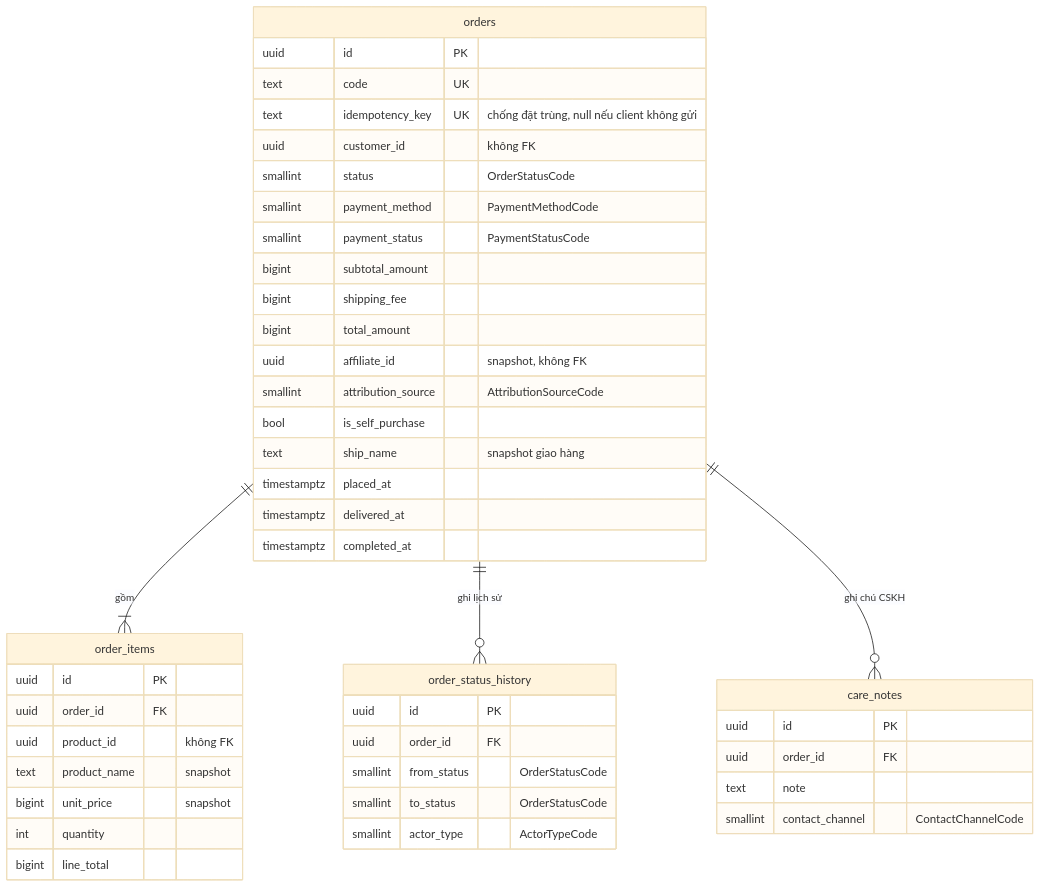
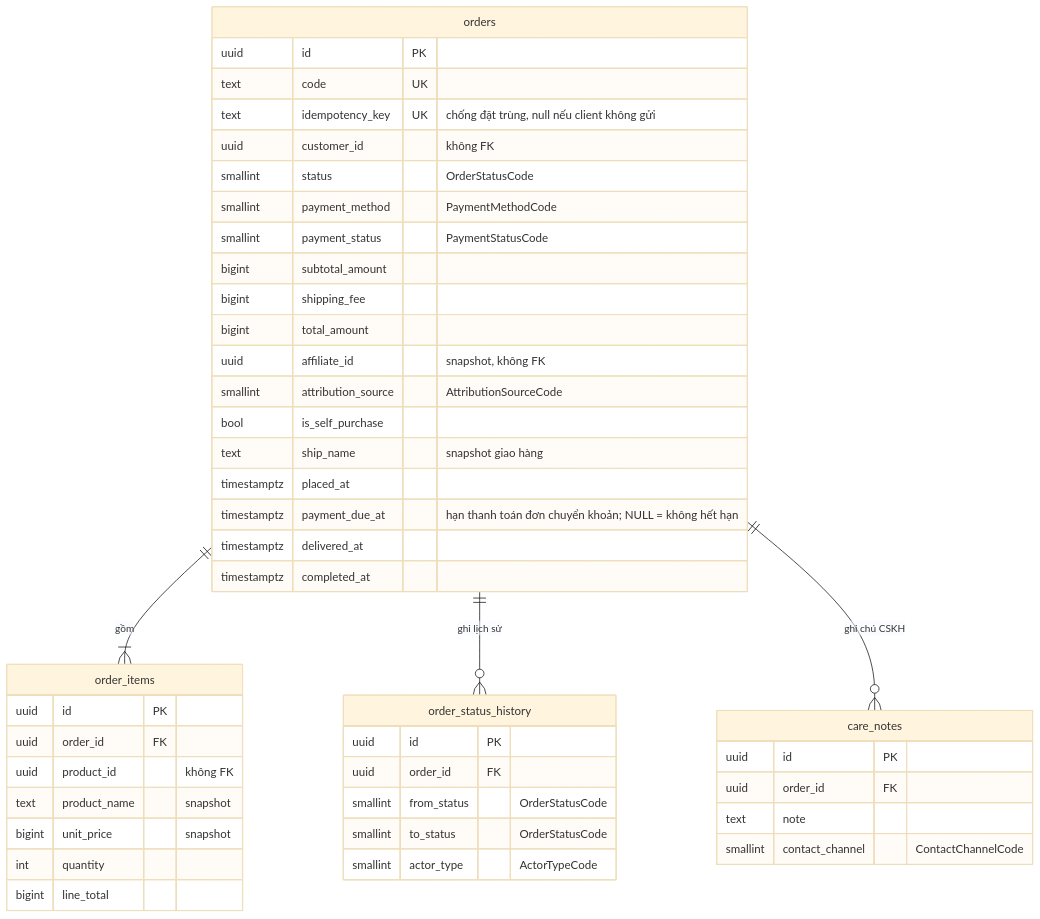
One commit to Vietnguyen203/PhucViFood changed the fifth of 6 diagrams in BE/docs/database.md. Above: the diagram before and after it, drawn with Mermaid (base theme). The commit also changed 23 other files, not shown here.

First line of the commit message:
Giữ hàng có hạn: tự hủy đơn chuyển khoản quá hạn, dọn hàng giữ cho đơn không tồn tại

````diff
--- a/BE/docs/database.md
+++ b/BE/docs/database.md
@@ -172,48 +172,49 @@
 ```mermaid
 erDiagram
   orders ||--|{ order_items : "gồm"
   orders ||--o{ order_status_history : "ghi lịch sử"
   orders ||--o{ care_notes : "ghi chú CSKH"
 
   orders {
     uuid id PK
     text code UK
     text idempotency_key UK "chống đặt trùng, null nếu client không gửi"
     uuid customer_id "không FK"
     smallint status "OrderStatusCode"
     smallint payment_method "PaymentMethodCode"
     smallint payment_status "PaymentStatusCode"
     bigint subtotal_amount
     bigint shipping_fee
     bigint total_amount
     uuid affiliate_id "snapshot, không FK"
     smallint attribution_source "AttributionSourceCode"
     bool is_self_purchase
     text ship_name "snapshot giao hàng"
     timestamptz placed_at
+    timestamptz payment_due_at "hạn thanh toán đơn chuyển khoản; NULL = không hết hạn"
     timestamptz delivered_at
     timestamptz completed_at
   }
   order_items {
     uuid id PK
     uuid order_id FK
     uuid product_id "không FK"
     text product_name "snapshot"
     bigint unit_price "snapshot"
     int quantity
     bigint line_total
   }
   order_status_history {
     uuid id PK
     uuid order_id FK
     smallint from_status "OrderStatusCode"
     smallint to_status "OrderStatusCode"
     smallint actor_type "ActorTypeCode"
   }
   care_notes {
     uuid id PK
     uuid order_id FK
     text note
     smallint contact_channel "ContactChannelCode"
   }
 ```
````
